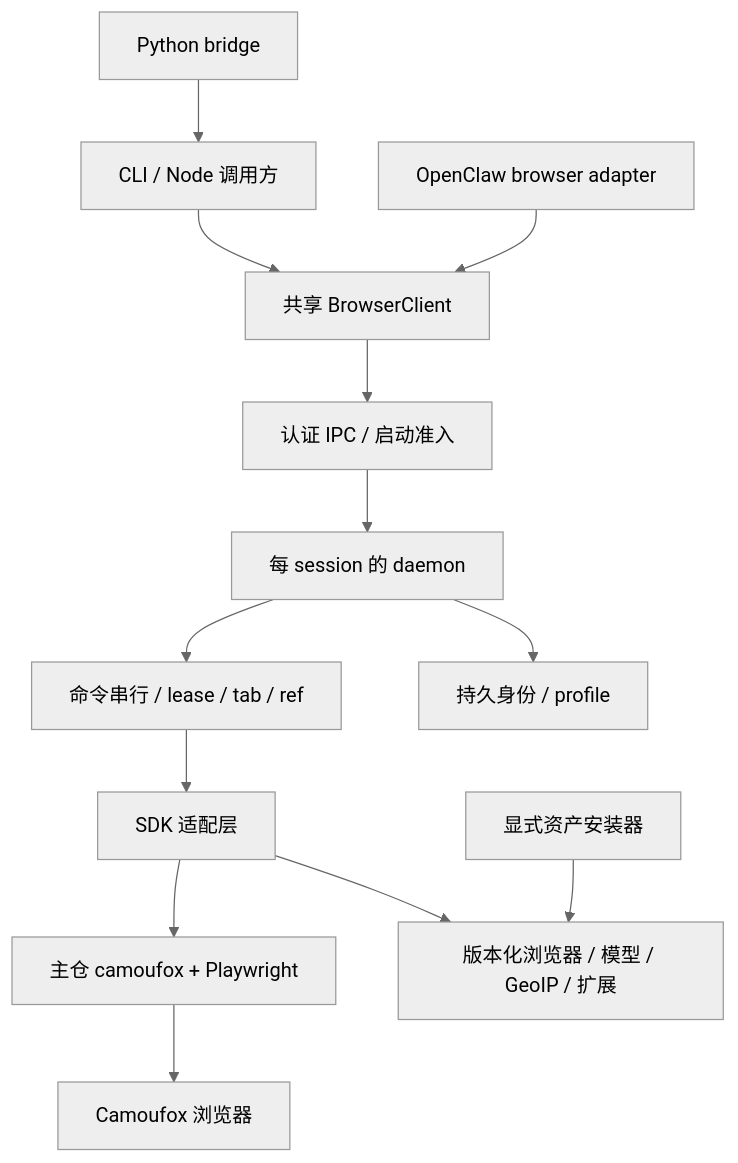
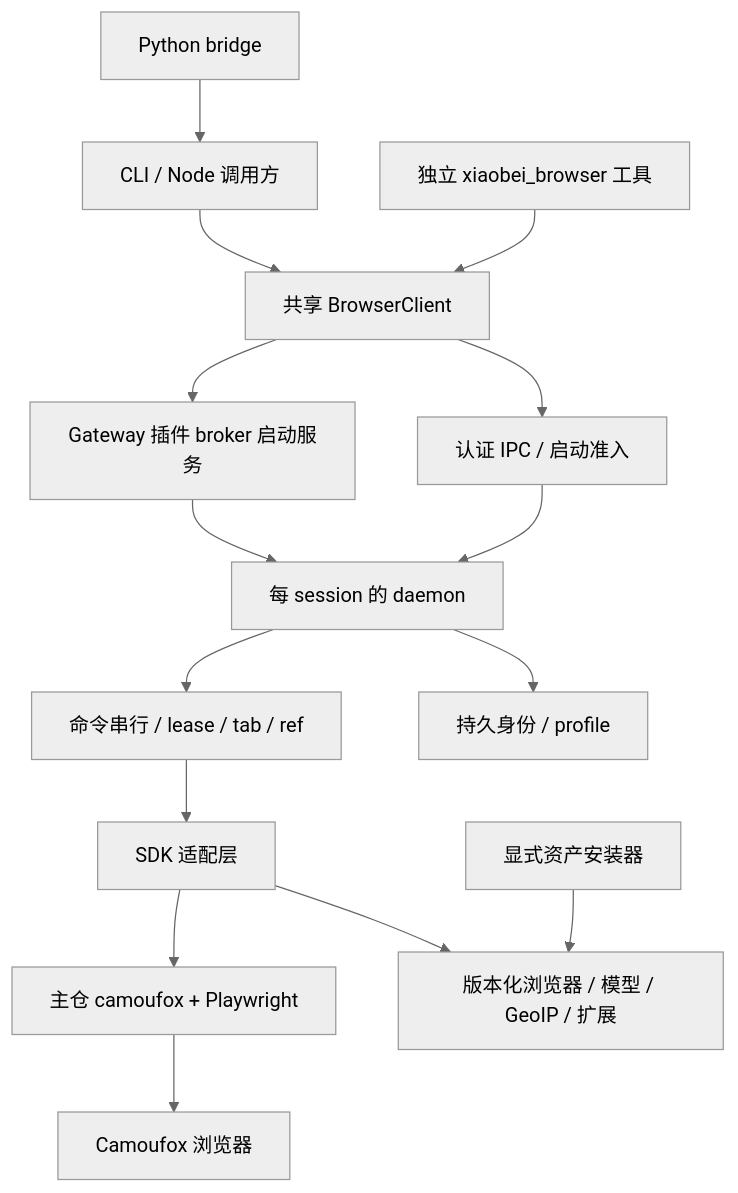
The diagram in docs/browser-architecture.md (CloudEngineHub/xiaobei), drawn with Mermaid (neutral theme) before and after one commit. The commit also changed other lines of this file and 41 other files, not shown here.

Commit message:
xiaobei-browser(based directly on camoufox) plugin

````diff
--- a/docs/browser-architecture.md
+++ b/docs/browser-architecture.md
@@ -28,15 +28,17 @@
 ```mermaid
 flowchart TD
     A[CLI / Node 调用方] --> C[共享 BrowserClient]
     P[Python bridge] --> A
-    O[OpenClaw browser adapter] --> C
+    O[独立 xiaobei_browser 工具] --> C
+    C --> K[Gateway 插件 broker 启动服务]
+    K --> D
     C --> I[认证 IPC / 启动准入]
     I --> D[每 session 的 daemon]
     D --> L[命令串行 / lease / tab / ref]
     L --> S[SDK 适配层]
     S --> F[主仓 camoufox + Playwright]
     F --> B[Camoufox 浏览器]
     D --> R[持久身份 / profile]
     X[显式资产安装器] --> V[版本化浏览器 / 模型 / GeoIP / 扩展]
     S --> V
 ```
````
